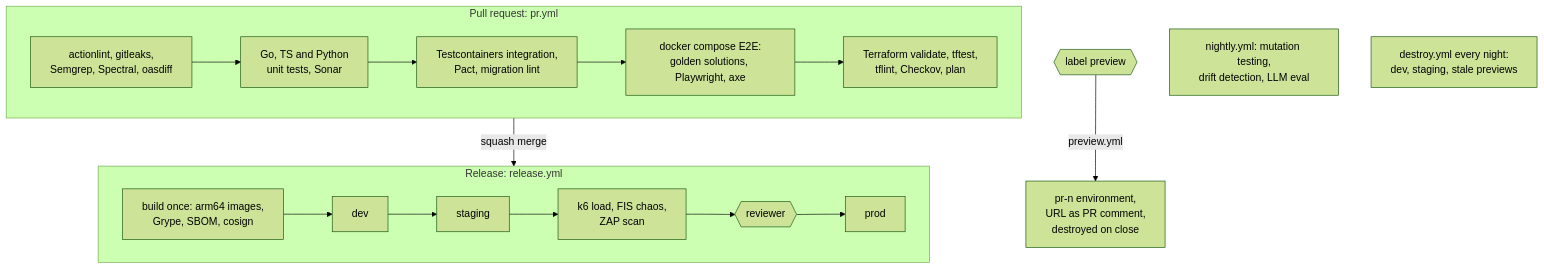
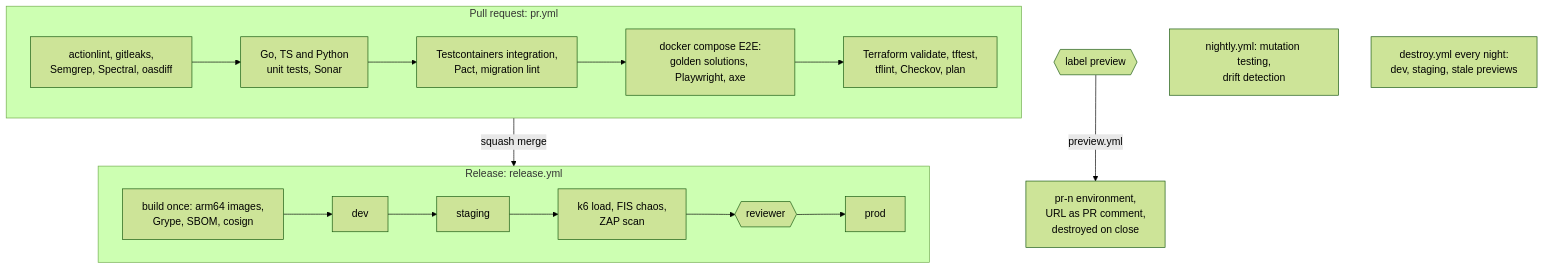
Before and after one commit to retek44/CodeArena: the fourth of 5 diagrams in README.md, drawn with Mermaid (forest theme). The commit also changed other lines of this file and 101 other files, not shown here.

````diff
--- a/README.md
+++ b/README.md
@@ -144,21 +140,21 @@
 ```mermaid
 flowchart TB
   subgraph pr[Pull request: pr.yml]
     direction LR
     lint[actionlint, gitleaks,<br/>Semgrep, Spectral, oasdiff] --> unit[Go, TS and Python<br/>unit tests, Sonar]
     unit --> integ[Testcontainers integration,<br/>Pact, migration lint]
     integ --> e2e[docker compose E2E:<br/>golden solutions, Playwright, axe]
     e2e --> tf[Terraform validate, tftest,<br/>tflint, Checkov, plan]
   end
 
   label{{label preview}} -->|preview.yml| preview[pr-n environment,<br/>URL as PR comment,<br/>destroyed on close]
 
   subgraph release[Release: release.yml]
     direction LR
     build[build once: arm64 images,<br/>Grype, SBOM, cosign] --> dev[dev] --> staging[staging] --> nf[k6 load, FIS chaos,<br/>ZAP scan] --> approve{{reviewer}} --> prod[prod]
   end
 
   pr -->|squash merge| release
-  nightly[nightly.yml: mutation testing,<br/>drift detection, LLM eval]
+  nightly[nightly.yml: mutation testing,<br/>drift detection]
   teardown[destroy.yml every night:<br/>dev, staging, stale previews]
 ```
````
